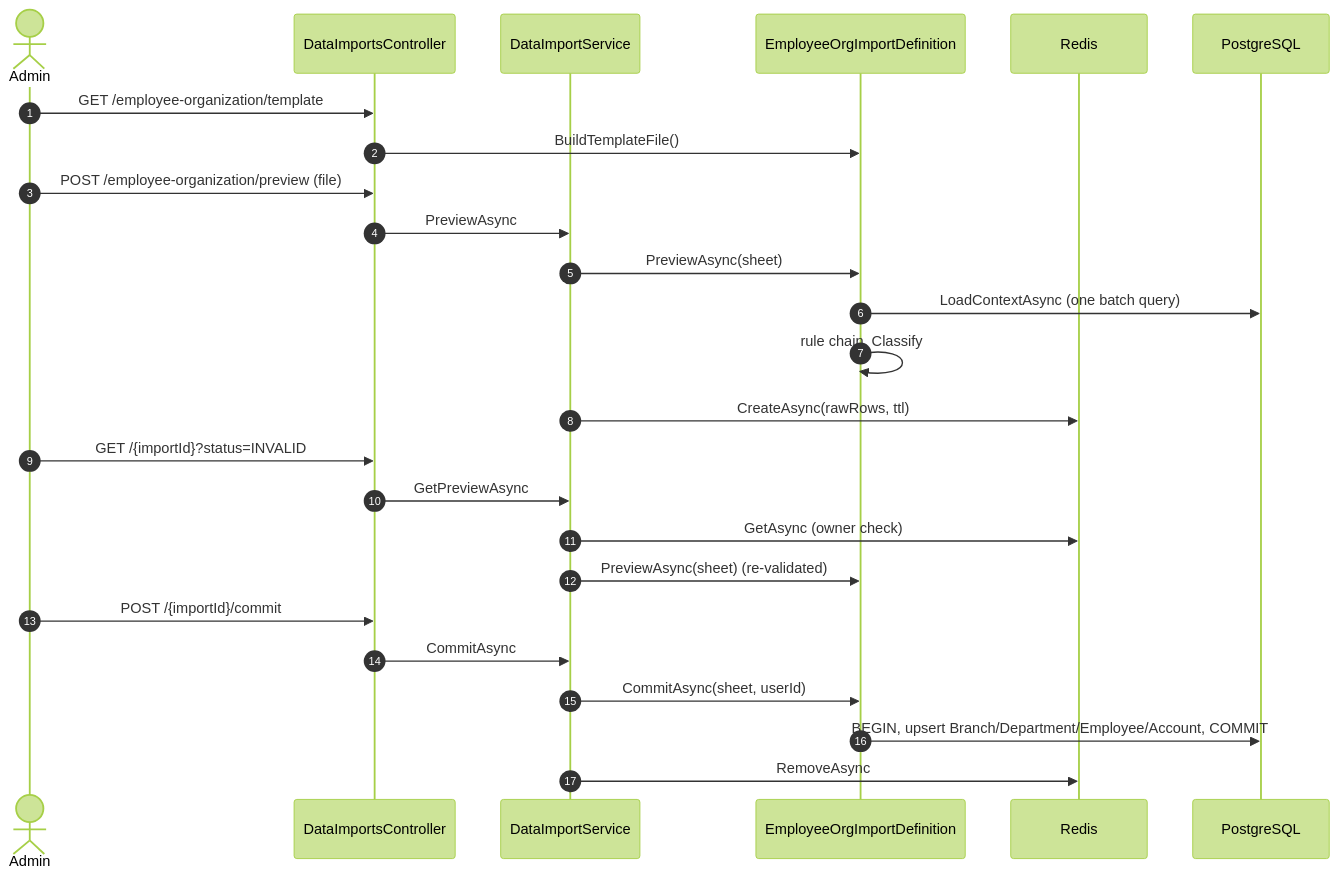
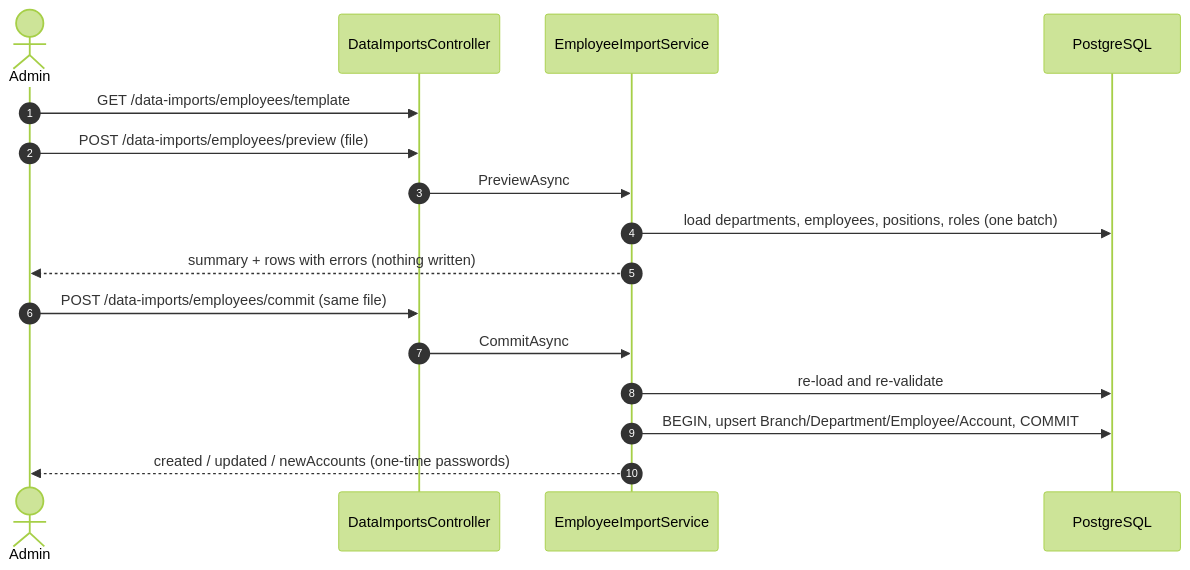
The diagram in docs/api/DATA_IMPORT_CONTRACT.md (quanngo2005/Fall26_SEP490_G54), drawn with Mermaid (forest theme) before and after one commit. The commit also changed other lines of this file and 42 other files, not shown here.

First line of the commit message:
refactor: Make employee imports stateless

````diff
--- a/docs/api/DATA_IMPORT_CONTRACT.md
+++ b/docs/api/DATA_IMPORT_CONTRACT.md
@@ -146,27 +110,18 @@
 ```mermaid
 sequenceDiagram
     autonumber
     actor Admin
     participant API as DataImportsController
-    participant SVC as DataImportService
-    participant DEF as EmployeeOrgImportDefinition
-    participant Redis
+    participant SVC as EmployeeImportService
     participant DB as PostgreSQL
-    Admin->>API: GET /employee-organization/template
-    API->>DEF: BuildTemplateFile()
-    Admin->>API: POST /employee-organization/preview (file)
+    Admin->>API: GET /data-imports/employees/template
+    Admin->>API: POST /data-imports/employees/preview (file)
     API->>SVC: PreviewAsync
-    SVC->>DEF: PreviewAsync(sheet)
-    DEF->>DB: LoadContextAsync (one batch query)
-    DEF->>DEF: rule chain, Classify
-    SVC->>Redis: CreateAsync(rawRows, ttl)
-    Admin->>API: GET /{importId}?status=INVALID
-    API->>SVC: GetPreviewAsync
-    SVC->>Redis: GetAsync (owner check)
-    SVC->>DEF: PreviewAsync(sheet) (re-validated)
-    Admin->>API: POST /{importId}/commit
+    SVC->>DB: load departments, employees, positions, roles (one batch)
+    SVC-->>Admin: summary + rows with errors (nothing written)
+    Admin->>API: POST /data-imports/employees/commit (same file)
     API->>SVC: CommitAsync
-    SVC->>DEF: CommitAsync(sheet, userId)
-    DEF->>DB: BEGIN, upsert Branch/Department/Employee/Account, COMMIT
-    SVC->>Redis: RemoveAsync
+    SVC->>DB: re-load and re-validate
+    SVC->>DB: BEGIN, upsert Branch/Department/Employee/Account, COMMIT
+    SVC-->>Admin: created / updated / newAccounts (one-time passwords)
 ```
````
